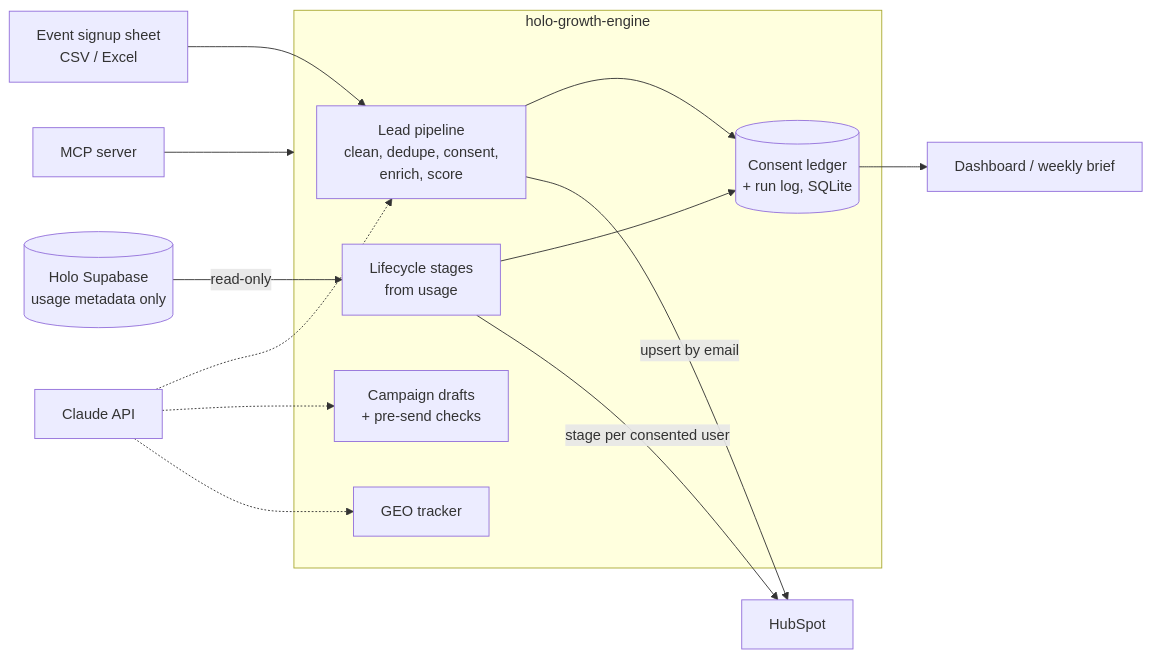
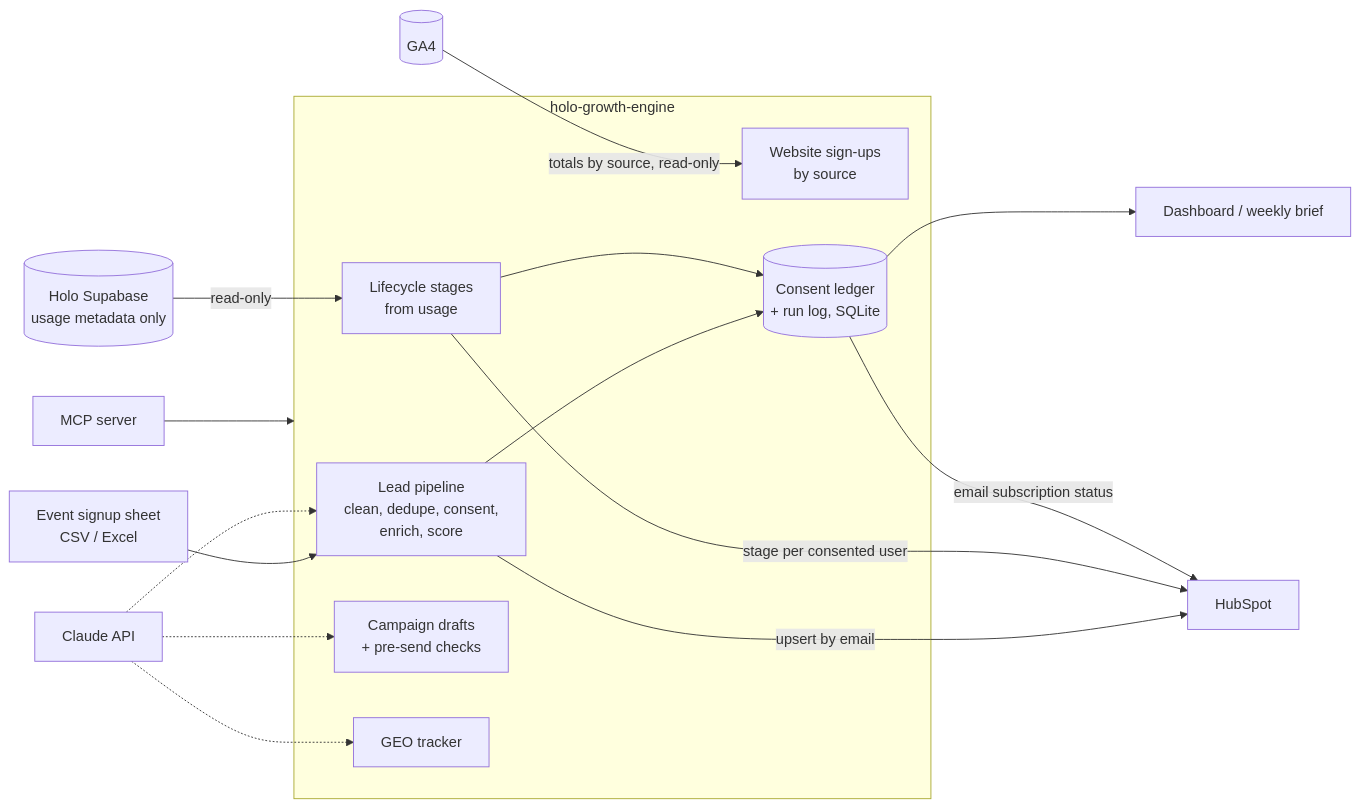
One commit to Lihini0202/holo-growth-engine changed the diagram in README.md. Above: the diagram before and after it, drawn with Mermaid. The commit also changed other lines of this file, not shown here.

````diff
--- a/README.md
+++ b/README.md
@@ -30,19 +31,22 @@
 ```mermaid
 flowchart LR
     sheet[Event signup sheet<br/>CSV / Excel] --> leads
     subgraph engine[holo-growth-engine]
         leads[Lead pipeline<br/>clean, dedupe, consent,<br/>enrich, score]
         retention[Lifecycle stages<br/>from usage]
         content[Campaign drafts<br/>+ pre-send checks]
         geo[GEO tracker]
+        web[Website sign-ups<br/>by source]
         ledger[(Consent ledger<br/>+ run log, SQLite)]
         leads --> ledger
         retention --> ledger
     end
     holo[(Holo Supabase<br/>usage metadata only)] -->|read-only| retention
     leads -->|upsert by email| hubspot[HubSpot]
     retention -->|stage per consented user| hubspot
+    ledger -->|email subscription status| hubspot
+    ga4[(GA4)] -->|totals by source, read-only| web
     claude[Claude API] -.-> leads & content & geo
     ledger --> dash[Dashboard / weekly brief]
     mcp[MCP server] --> engine
 ```
````
